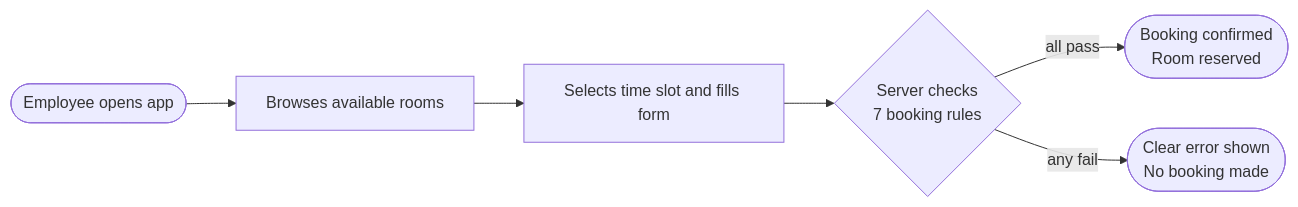
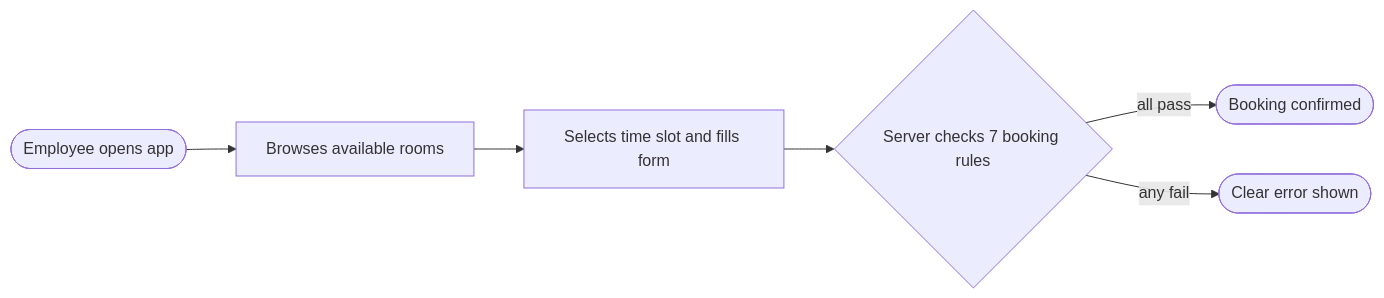
One commit to Amith-Ganta/room-reservation-system changed the first of 10 diagrams in README.md. Above: the diagram before and after it, drawn with Mermaid. The commit also changed other lines of this file and 1 other file, not shown here.

First line of the commit message:
fix: remove \n from all mermaid diagrams for GitHub rendering

````diff
--- a/README.md
+++ b/README.md
@@ -30,8 +30,8 @@
 ```mermaid
 flowchart LR
     A([Employee opens app]) --> B[Browses available rooms]
     B --> C[Selects time slot and fills form]
-    C --> D{Server checks\n7 booking rules}
-    D -- all pass --> E([Booking confirmed\nRoom reserved])
-    D -- any fail --> F([Clear error shown\nNo booking made])
+    C --> D{Server checks 7 booking rules}
+    D -- all pass --> E([Booking confirmed])
+    D -- any fail --> F([Clear error shown])
 ```
````
